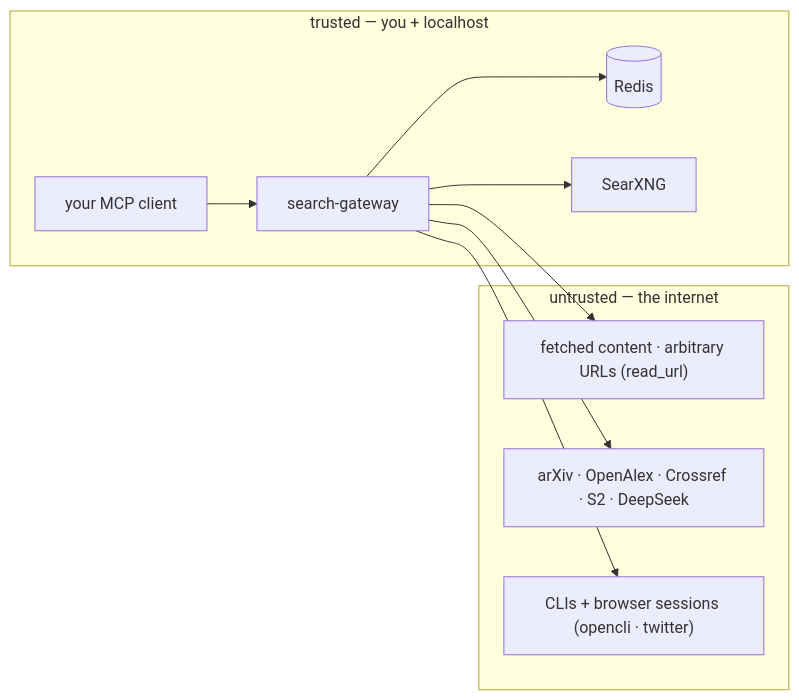
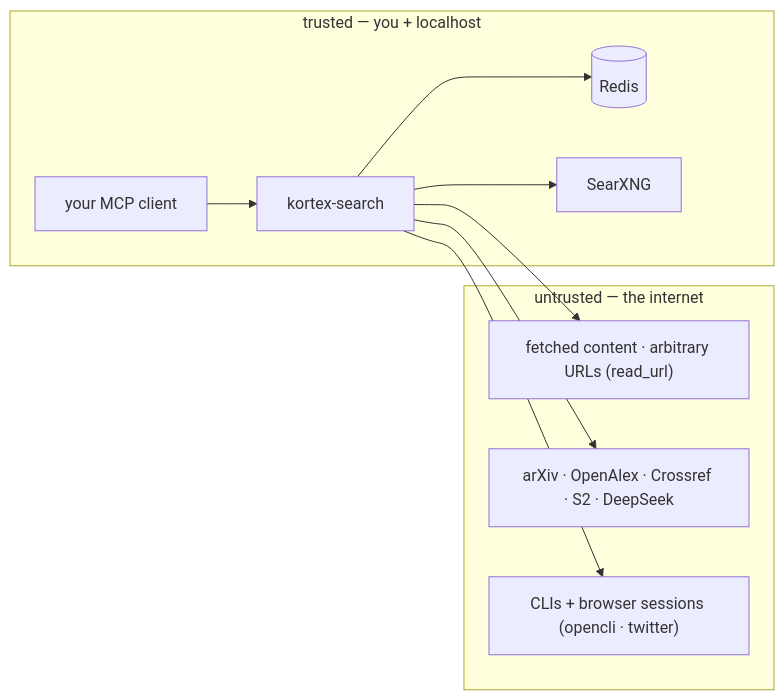
The diagram in docs/security.md (kbjama8/search-gateway), drawn with Mermaid before and after one commit. The commit also changed other lines of this file and 26 other files, not shown here.

First line of the commit message:
Rename docs and in-repo skills to Kortex Search

````diff
--- a/docs/security.md
+++ b/docs/security.md
@@ -7,20 +7,20 @@
 ```mermaid
 flowchart LR
     subgraph Trusted["trusted — you + localhost"]
         C["your MCP client"]
-        GW["search-gateway"]
+        GW["kortex-search"]
         RD[("Redis")]
         SX["SearXNG"]
     end
     subgraph Untrusted["untrusted — the internet"]
         WEB["fetched content · arbitrary URLs (read_url)"]
         API["arXiv · OpenAlex · Crossref · S2 · DeepSeek"]
         CL["CLIs + browser sessions (opencli · twitter)"]
     end
     C --> GW
     GW --> RD
     GW --> SX
     GW --> WEB
     GW --> API
     GW --> CL
 ```
````
